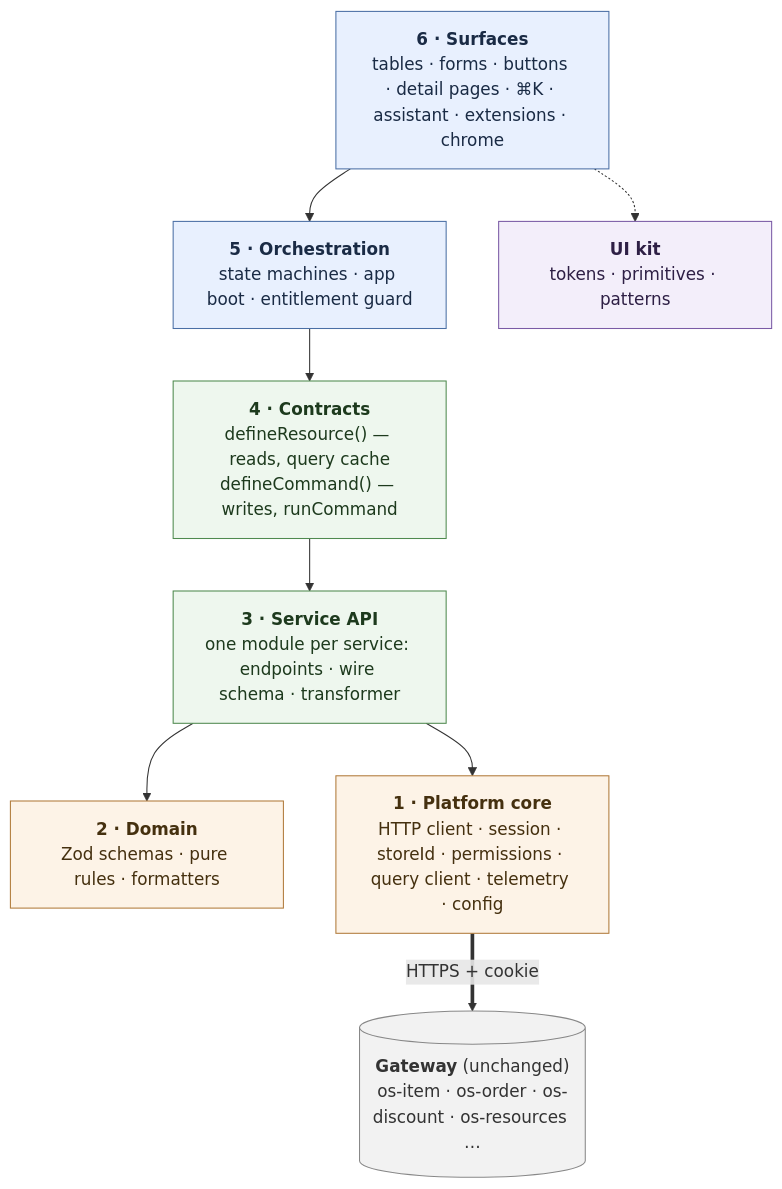
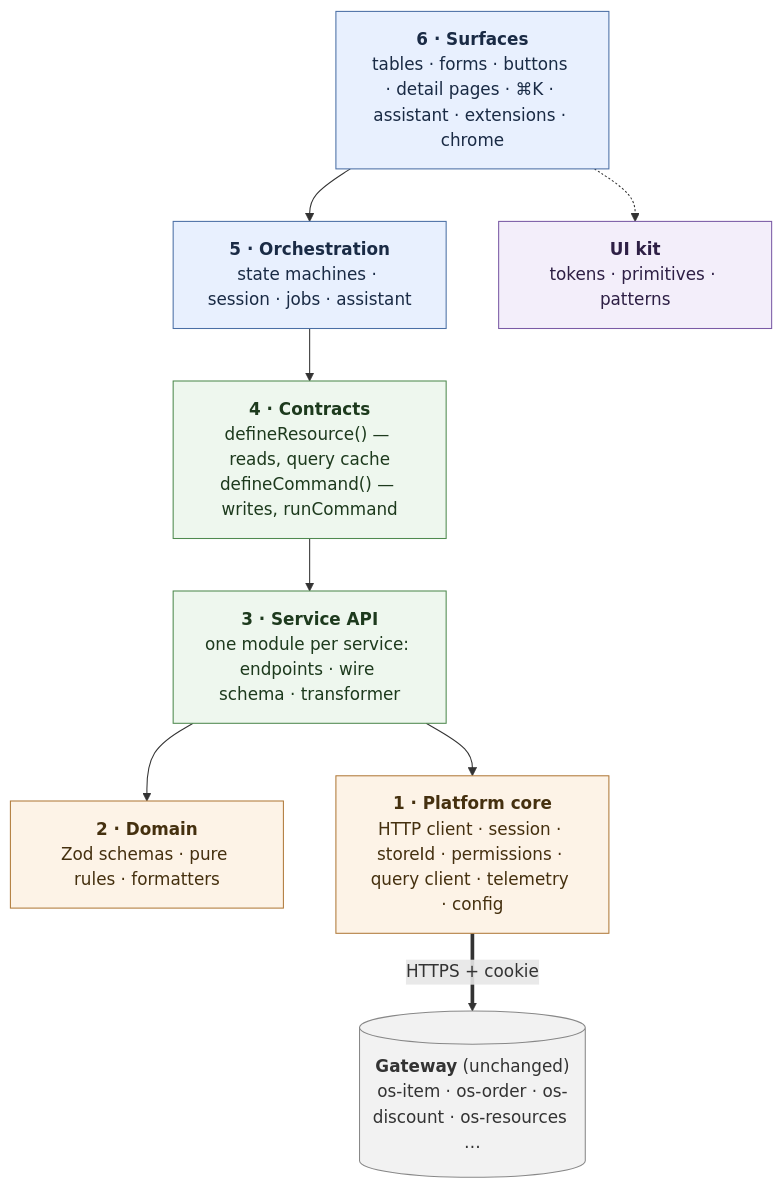
One commit to ashishkumar1-fe/new-gk-pages changed the diagram in docs/architecture/README.md. Above: the diagram before and after it, drawn with Mermaid. The commit also changed other lines of this file and 21 other files, not shown here.

Commit message:
docs: orchestration (layer 5) machines aligned with industry, adjacent layers and gk-pages

````diff
--- a/docs/architecture/README.md
+++ b/docs/architecture/README.md
@@ -20,28 +20,28 @@
 ```mermaid
 flowchart TB
   S["<b>6 · Surfaces</b><br/>tables · forms · buttons · detail pages · ⌘K · assistant · extensions · chrome"]
-  O["<b>5 · Orchestration</b><br/>state machines · app boot · entitlement guard"]
+  O["<b>5 · Orchestration</b><br/>state machines · session · jobs · assistant"]
   C["<b>4 · Contracts</b><br/>defineResource() — reads, query cache<br/>defineCommand() — writes, runCommand"]
   A["<b>3 · Service API</b><br/>one module per service: endpoints · wire schema · transformer"]
   D["<b>2 · Domain</b><br/>Zod schemas · pure rules · formatters"]
   P["<b>1 · Platform core</b><br/>HTTP client · session · storeId · permissions · query client · telemetry · config"]
   U["<b>UI kit</b><br/>tokens · primitives · patterns"]
   G[("<b>Gateway</b> (unchanged)<br/>os-item · os-order · os-discount · os-resources …")]
 
   S --> O --> C --> A
   A --> D
   A --> P
   S -.-> U
   P ==>|HTTPS + cookie| G
 
   classDef top fill:#e8f0fe,stroke:#4a6fa5,color:#1a2b45
   classDef mid fill:#eef7ee,stroke:#4f8a4f,color:#1d3a1d
   classDef low fill:#fdf3e7,stroke:#b07a3a,color:#45300f
   classDef side fill:#f3eefa,stroke:#7a5aa5,color:#2e1f45
   classDef ext fill:#f2f2f2,stroke:#888,color:#333
   class S,O top
   class C,A mid
   class D,P low
   class U side
   class G ext
 ```
````
